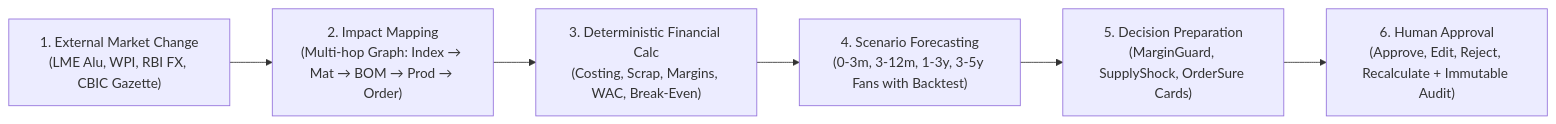
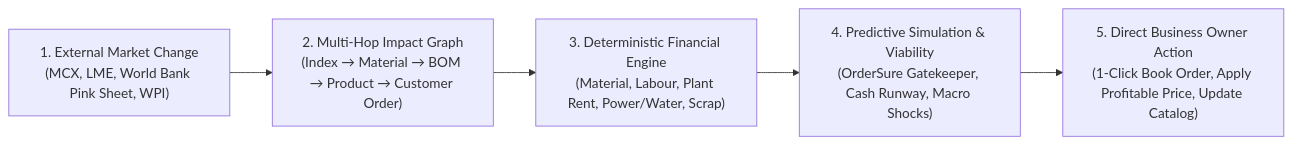
One commit to bhatsindhu08-max/marginmind-ai changed the first of 2 diagrams in README.md. Above: the diagram before and after it, drawn with Mermaid. The commit also changed other lines of this file and 1 other file, not shown here.

Commit message:
docs: update README and Userguide to reflect 4 unified workspaces, deep viability evaluator, and single-owner focus

````diff
--- a/README.md
+++ b/README.md
@@ -19,8 +19,7 @@
 ```mermaid
 flowchart LR
-    A["1. External Market Change\n(LME Alu, WPI, RBI FX, CBIC Gazette)"] --> B["2. Impact Mapping\n(Multi-hop Graph: Index → Mat → BOM → Prod → Order)"]
-    B --> C["3. Deterministic Financial Calc\n(Costing, Scrap, Margins, WAC, Break-Even)"]
-    C --> D["4. Scenario Forecasting\n(0-3m, 3-12m, 1-3y, 3-5y Fans with Backtest)"]
-    D --> E["5. Decision Preparation\n(MarginGuard, SupplyShock, OrderSure Cards)"]
-    E --> F["6. Human Approval\n(Approve, Edit, Reject, Recalculate + Immutable Audit)"]
+    A["1. External Market Change<br/>(MCX, LME, World Bank Pink Sheet, WPI)"] --> B["2. Multi-Hop Impact Graph<br/>(Index → Material → BOM → Product → Customer Order)"]
+    B --> C["3. Deterministic Financial Engine<br/>(Material, Labour, Plant Rent, Power/Water, Scrap)"]
+    C --> D["4. Predictive Simulation & Viability<br/>(OrderSure Gatekeeper, Cash Runway, Macro Shocks)"]
+    D --> E["5. Direct Business Owner Action<br/>(1-Click Book Order, Apply Profitable Price, Update Catalog)"]
 ```
````
